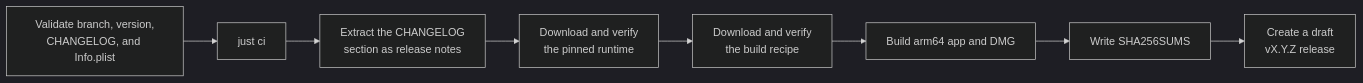
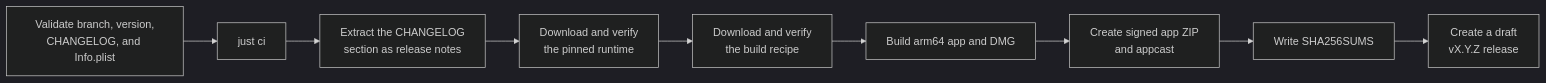
One commit to LuMiSxh/Arknights-MacOS-Client changed the diagram in docs/releases-and-updates.md. Above: the diagram before and after it, drawn with Mermaid (dark theme). The commit also changed other lines of this file and 53 other files, not shown here.

````diff
--- a/docs/releases-and-updates.md
+++ b/docs/releases-and-updates.md
@@ -21,10 +21,11 @@
 ```mermaid
 flowchart LR
 	Check["Validate branch, version,<br/>CHANGELOG, and Info.plist"] --> Test[just ci]
 	Test --> Notes["Extract the CHANGELOG<br/>section as release notes"]
 	Notes --> Runtime["Download and verify<br/>the pinned runtime"]
 	Runtime --> Recipe["Download and verify<br/>the build recipe"]
 	Recipe --> Build[Build arm64 app and DMG]
-	Build --> Sums[Write SHA256SUMS]
+	Build --> Archive["Create signed app ZIP<br/>and appcast"]
+	Archive --> Sums[Write SHA256SUMS]
 	Sums --> Draft["Create a draft<br/>vX.Y.Z release"]
 ```
````
